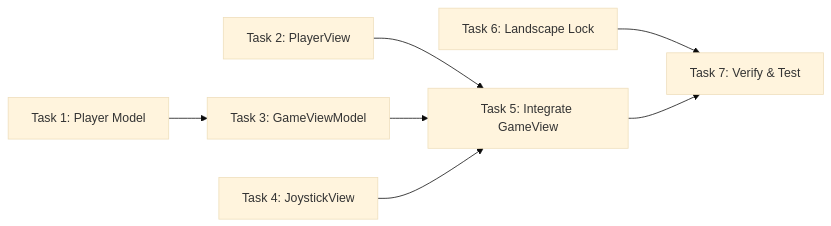
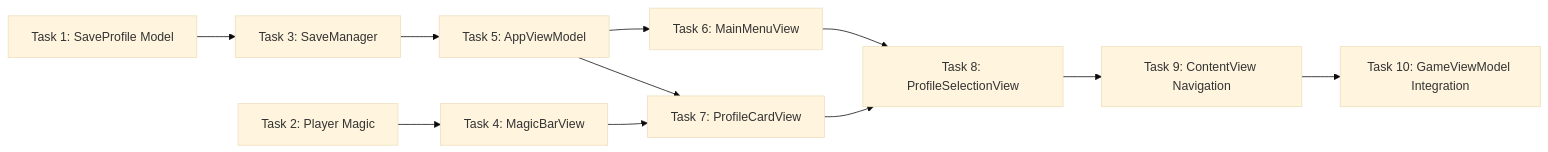
One commit to cadenclaussen/driftwood changed the diagram in docs/.specs/tasks.md. Above: the diagram before and after it, drawn with Mermaid (base theme). The commit also changed other lines of this file and 15 other files, not shown here.

First line of the commit message:
Add main menu with 3 save profile slots and auto-save system

````diff
--- a/docs/.specs/tasks.md
+++ b/docs/.specs/tasks.md
@@ -9,9 +10,13 @@
 ```mermaid
 graph LR
-    T1[Task 1: Player Model] --> T3[Task 3: GameViewModel]
-    T2[Task 2: PlayerView] --> T5[Task 5: Integrate GameView]
-    T3 --> T5
-    T4[Task 4: JoystickView] --> T5
-    T6[Task 6: Landscape Lock] --> T7[Task 7: Verify & Test]
+    T1[Task 1: SaveProfile Model] --> T3[Task 3: SaveManager]
+    T2[Task 2: Player Magic] --> T4[Task 4: MagicBarView]
+    T3 --> T5[Task 5: AppViewModel]
+    T4 --> T7[Task 7: ProfileCardView]
+    T5 --> T6[Task 6: MainMenuView]
     T5 --> T7
+    T6 --> T8[Task 8: ProfileSelectionView]
+    T7 --> T8
+    T8 --> T9[Task 9: ContentView Navigation]
+    T9 --> T10[Task 10: GameViewModel Integration]
 ```
````
